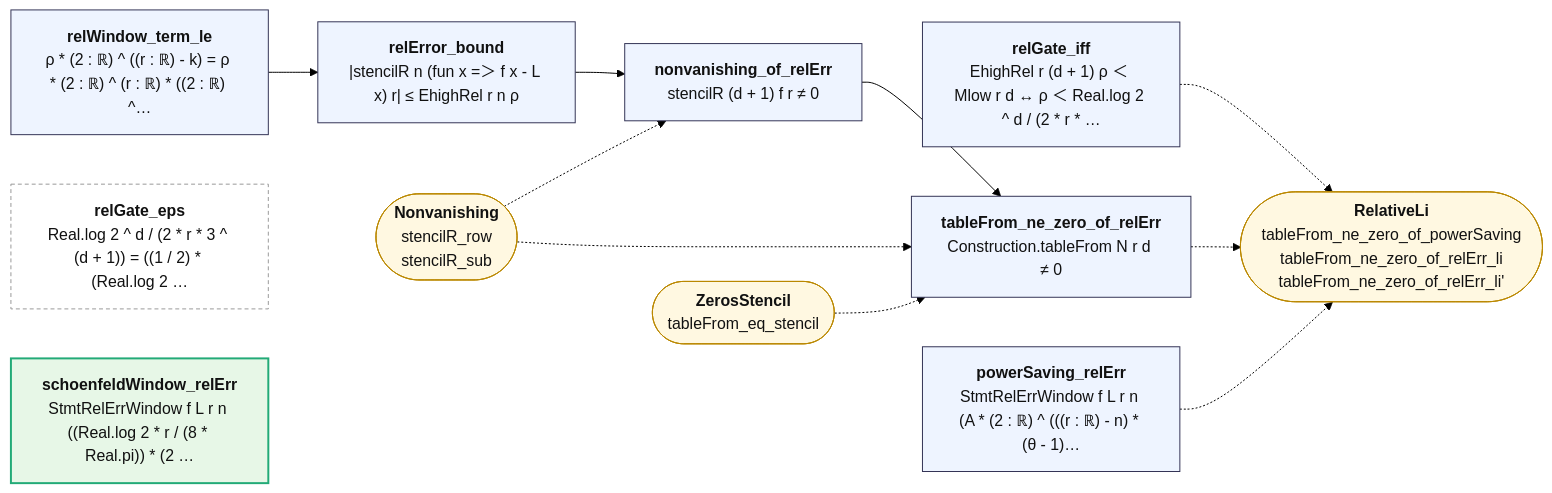
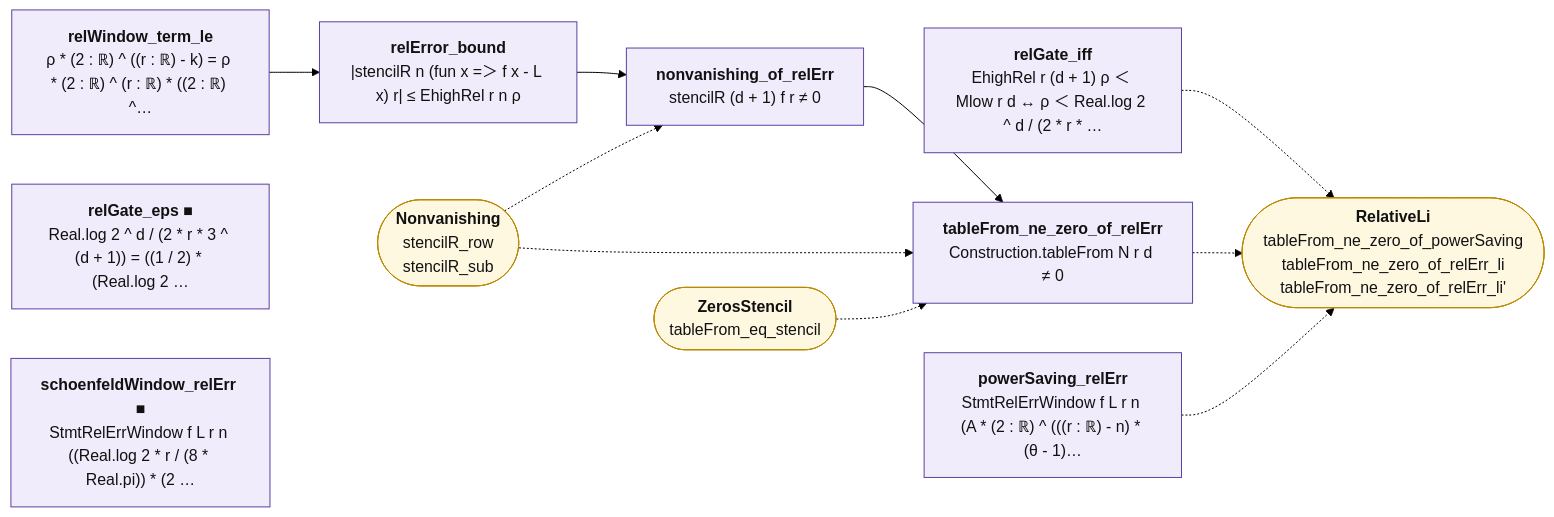
The diagram in map/lean/RelativeGate.md (juliansambranojr/Primebeat_081426), drawn with Mermaid (forest theme) before and after one commit. The commit also changed other lines of this file and 398 other files, not shown here.

````diff
--- a/map/lean/RelativeGate.md
+++ b/map/lean/RelativeGate.md
@@ -12,28 +12,31 @@
 ```mermaid
 flowchart LR
-  n0["<b>relWindow_term_le</b><br/>ρ * (2 : ℝ) ^ ((r : ℝ) - k) = ρ * (2 : ℝ) ^ (r : ℝ) * ((2 : ℝ) ^…"]:::thm
-  n1["<b>relError_bound</b><br/>|stencilR n (fun x =＞ f x - L x) r| ≤ EhighRel r n ρ"]:::thm
-  n2["<b>relGate_iff</b><br/>EhighRel r (d + 1) ρ ＜ Mlow r d ↔ ρ ＜ Real.log 2 ^ d / (2 * r * …"]:::thm
-  n3["<b>relGate_eps</b><br/>Real.log 2 ^ d / (2 * r * 3 ^ (d + 1)) = ((1 / 2) * (Real.log 2 …"]:::lone
-  n4["<b>nonvanishing_of_relErr</b><br/>stencilR (d + 1) f r ≠ 0"]:::thm
-  n5["<b>tableFrom_ne_zero_of_relErr</b><br/>Construction.tableFrom N r d ≠ 0"]:::thm
-  n6["<b>schoenfeldWindow_relErr</b><br/>StmtRelErrWindow f L r n ((Real.log 2 * r / (8 * Real.pi)) * (2 …"]:::end_
-  n7["<b>powerSaving_relErr</b><br/>StmtRelErrWindow f L r n (A * (2 : ℝ) ^ (((r : ℝ) - n) * (θ - 1)…"]:::thm
+  n0["<b>relWindow_term_le</b><br/>ρ * (2 : ℝ) ^ ((r : ℝ) - k) = ρ * (2 : ℝ) ^ (r : ℝ) * ((2 : ℝ) ^…"]:::shp
+  n1["<b>relError_bound</b><br/>|stencilR n (fun x =＞ f x - L x) r| ≤ EhighRel r n ρ"]:::shp
+  n2["<b>relGate_iff</b><br/>EhighRel r (d + 1) ρ ＜ Mlow r d ↔ ρ ＜ Real.log 2 ^ d / (2 * r * …"]:::shp
+  n3["<b>relGate_eps ■</b><br/>Real.log 2 ^ d / (2 * r * 3 ^ (d + 1)) = ((1 / 2) * (Real.log 2 …"]:::shp
+  n4["<b>nonvanishing_of_relErr</b><br/>stencilR (d + 1) f r ≠ 0"]:::shp
+  n5["<b>tableFrom_ne_zero_of_relErr</b><br/>Construction.tableFrom N r d ≠ 0"]:::shp
+  n6["<b>schoenfeldWindow_relErr ■</b><br/>StmtRelErrWindow f L r n ((Real.log 2 * r / (8 * Real.pi)) * (2 …"]:::shp
+  n7["<b>powerSaving_relErr</b><br/>StmtRelErrWindow f L r n (A * (2 : ℝ) ^ (((r : ℝ) - n) * (θ - 1)…"]:::shp
   x0(["<b>RelativeLi</b><br/>tableFrom_ne_zero_of_powerSaving<br/>tableFrom_ne_zero_of_relErr_li<br/>tableFrom_ne_zero_of_relErr_li'"]):::ext
   x1(["<b>Nonvanishing</b><br/>stencilR_row<br/>stencilR_sub"]):::ext
   x2(["<b>ZerosStencil</b><br/>tableFrom_eq_stencil"]):::ext
   n0 --> n1
   n1 --> n4
   n4 --> n5
   n2 -.-> x0
   n5 -.-> x0
   n7 -.-> x0
   x1 -.-> n4
   x1 -.-> n5
   x2 -.-> n5
+  classDef cnt fill:#dff5ec,stroke:#17694a,color:#111
+  classDef shp fill:#f1ecfb,stroke:#5b3fa0,color:#111
+  classDef rh fill:#ffe5e5,stroke:#c22,color:#111,stroke-width:2px
   classDef thm fill:#eef4ff,stroke:#335,color:#111
   classDef end_ fill:#e7f7e7,stroke:#2a7,color:#111,stroke-width:2px
   classDef lone fill:#fff,stroke:#999,color:#111,stroke-dasharray:4 3
   classDef bad fill:#ffe5e5,stroke:#c22,color:#111,stroke-width:2px
   classDef ext fill:#fff8e1,stroke:#b80,color:#111
 ```
````
